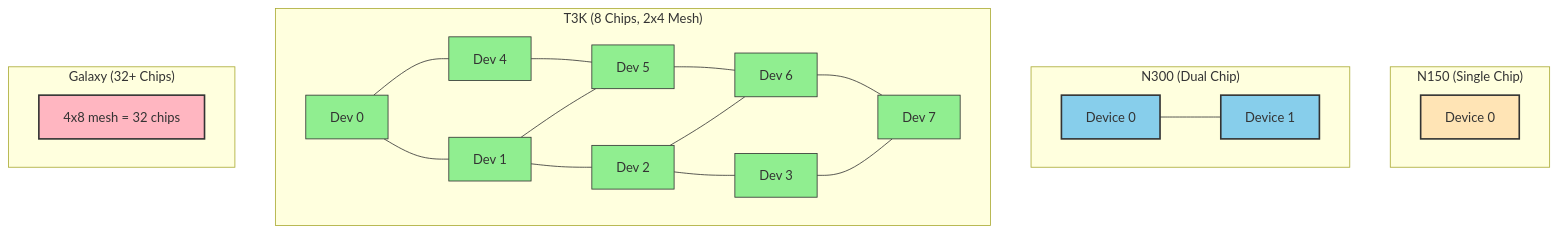
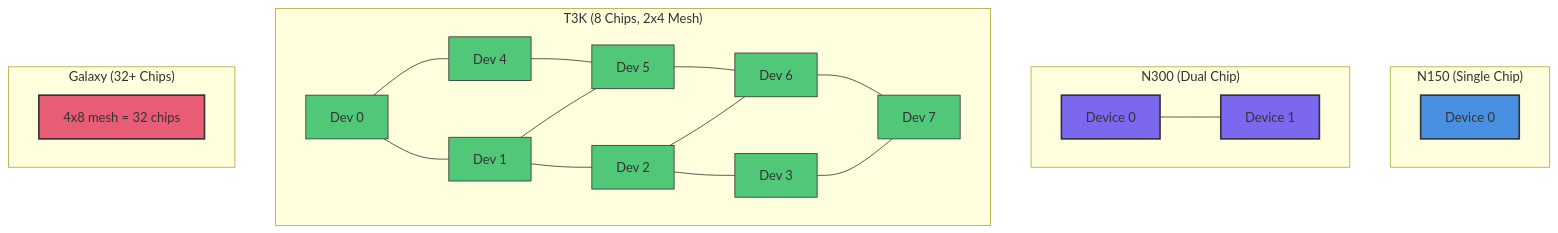
Before and after one commit to tenstorrent/tt-vscode-toolkit: the second of 2 diagrams in content/lessons/ct5-multi-device-training.md, drawn with Mermaid. The commit also changed other lines of this file and 9 other files, not shown here.

````diff
--- a/content/lessons/ct5-multi-device-training.md
+++ b/content/lessons/ct5-multi-device-training.md
@@ -259,36 +259,36 @@
 ```mermaid
 graph TD
     subgraph N150["N150 (Single Chip)"]
         A1[Device 0]
     end
 
     subgraph N300["N300 (Dual Chip)"]
         B1[Device 0] --- B2[Device 1]
     end
 
     subgraph T3K["T3K (8 Chips, 2x4 Mesh)"]
         C1[Dev 0] --- C2[Dev 1] --- C3[Dev 2] --- C4[Dev 3]
         C5[Dev 4] --- C6[Dev 5] --- C7[Dev 6] --- C8[Dev 7]
         C1 --- C5
         C2 --- C6
         C3 --- C7
         C4 --- C8
     end
 
     subgraph Galaxy["Galaxy (32+ Chips)"]
         D1[4x8 mesh = 32 chips]
     end
 
-    style A1 fill:#FFE4B5,stroke:#333,stroke-width:2px
-    style B1 fill:#87CEEB,stroke:#333,stroke-width:2px
-    style B2 fill:#87CEEB,stroke:#333,stroke-width:2px
-    style C1 fill:#90EE90,stroke:#333,stroke-width:1px
-    style C2 fill:#90EE90,stroke:#333,stroke-width:1px
-    style C3 fill:#90EE90,stroke:#333,stroke-width:1px
-    style C4 fill:#90EE90,stroke:#333,stroke-width:1px
-    style C5 fill:#90EE90,stroke:#333,stroke-width:1px
-    style C6 fill:#90EE90,stroke:#333,stroke-width:1px
-    style C7 fill:#90EE90,stroke:#333,stroke-width:1px
-    style C8 fill:#90EE90,stroke:#333,stroke-width:1px
-    style D1 fill:#FFB6C1,stroke:#333,stroke-width:2px
+    style A1 fill:#4A90E2,stroke:#333,stroke-width:2px
+    style B1 fill:#7B68EE,stroke:#333,stroke-width:2px
+    style B2 fill:#7B68EE,stroke:#333,stroke-width:2px
+    style C1 fill:#50C878,stroke:#333,stroke-width:1px
+    style C2 fill:#50C878,stroke:#333,stroke-width:1px
+    style C3 fill:#50C878,stroke:#333,stroke-width:1px
+    style C4 fill:#50C878,stroke:#333,stroke-width:1px
+    style C5 fill:#50C878,stroke:#333,stroke-width:1px
+    style C6 fill:#50C878,stroke:#333,stroke-width:1px
+    style C7 fill:#50C878,stroke:#333,stroke-width:1px
+    style C8 fill:#50C878,stroke:#333,stroke-width:1px
+    style D1 fill:#E85D75,stroke:#333,stroke-width:2px
 ```
````
